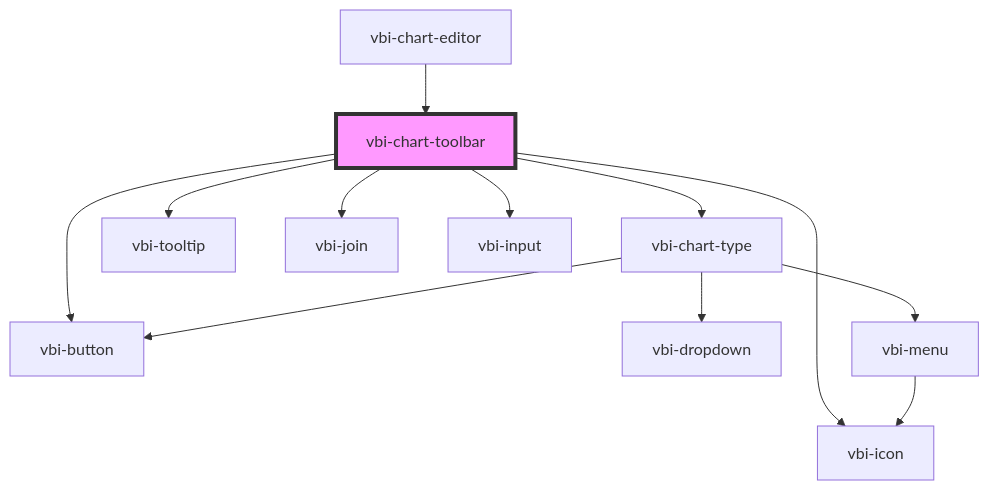
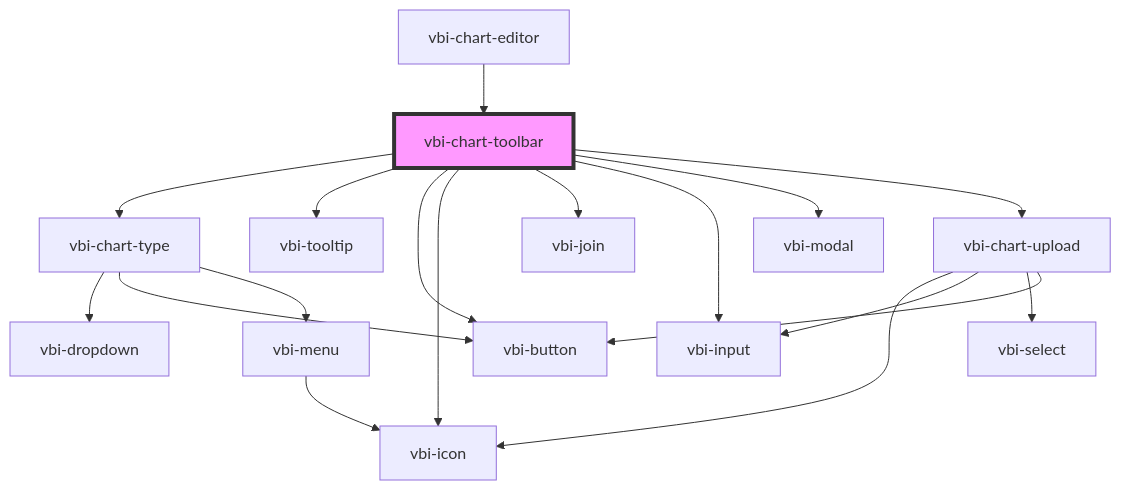
Before and after one commit to Ditto190/VBI-modme: the diagram in packages/vbi-component/src/components/chart/vbi-chart-toolbar/readme.md, drawn with Mermaid. The commit also changed other lines of this file and 20 other files, not shown here.

Commit message:
feat(vbi-component): add CSV upload

````diff
--- a/packages/vbi-component/src/components/chart/vbi-chart-toolbar/readme.md
+++ b/packages/vbi-component/src/components/chart/vbi-chart-toolbar/readme.md
@@ -24,15 +26,21 @@
 ```mermaid
 graph TD;
   vbi-chart-toolbar --> vbi-chart-type
   vbi-chart-toolbar --> vbi-tooltip
   vbi-chart-toolbar --> vbi-button
   vbi-chart-toolbar --> vbi-icon
   vbi-chart-toolbar --> vbi-join
   vbi-chart-toolbar --> vbi-input
+  vbi-chart-toolbar --> vbi-modal
+  vbi-chart-toolbar --> vbi-chart-upload
   vbi-chart-type --> vbi-dropdown
   vbi-chart-type --> vbi-button
   vbi-chart-type --> vbi-menu
   vbi-menu --> vbi-icon
+  vbi-chart-upload --> vbi-icon
+  vbi-chart-upload --> vbi-input
+  vbi-chart-upload --> vbi-select
+  vbi-chart-upload --> vbi-button
   vbi-chart-editor --> vbi-chart-toolbar
   style vbi-chart-toolbar fill:#f9f,stroke:#333,stroke-width:4px
 ```
````
